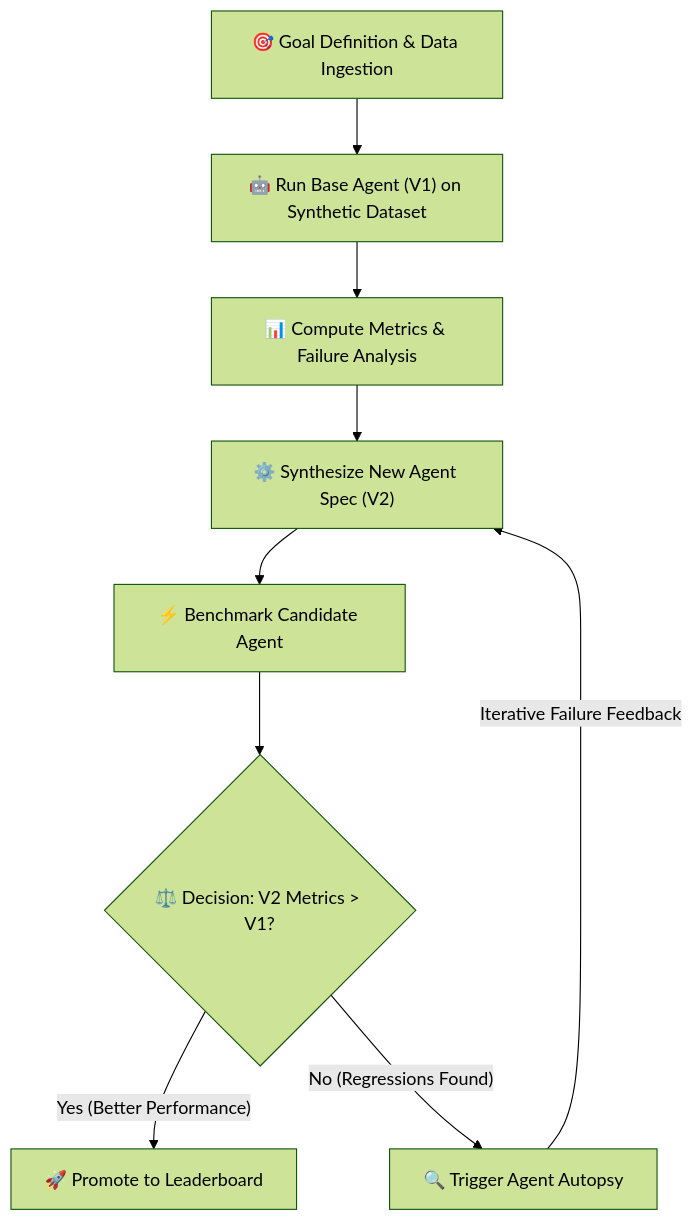
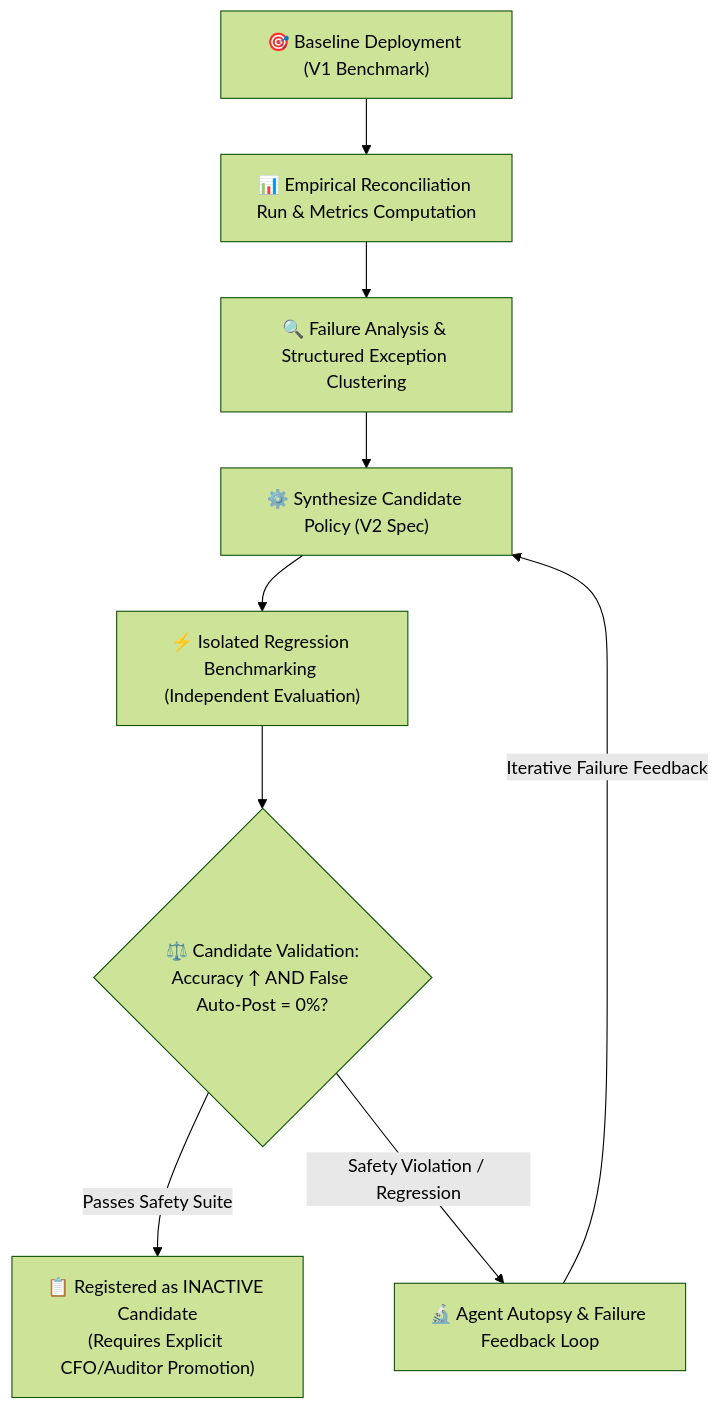
One commit to MDMOINAKHTARR/LedgerForge changed the second of 2 diagrams in README.md. Above: the diagram before and after it, drawn with Mermaid (forest theme). The commit also changed other lines of this file, not shown here.

Commit message:
docs: update README with architectural flow, structured feedback, precedent memory, and CFO policy governance

````diff
--- a/README.md
+++ b/README.md
@@ -43,24 +69,23 @@
 ```mermaid
 flowchart TD
-    N1["🎯 Goal Definition & Data Ingestion"]
-    N2["🤖 Run Base Agent (V1) on Synthetic Dataset"]
-    N3["📊 Compute Metrics & Failure Analysis"]
-    N4["⚙️ Synthesize New Agent Spec (V2)"]
-    N5["⚡ Benchmark Candidate Agent"]
+    N1["🎯 Baseline Deployment (V1 Benchmark)"]
+    N2["📊 Empirical Reconciliation Run & Metrics Computation"]
+    N3["🔍 Failure Analysis & Structured Exception Clustering"]
+    N4["⚙️ Synthesize Candidate Policy (V2 Spec)"]
+    N5["⚡ Isolated Regression Benchmarking (Independent Evaluation)"]
     
-    D{"⚖️ Decision: V2 Metrics > V1?"}
+    D{"⚖️ Candidate Validation:\nAccuracy ↑ AND False Auto-Post = 0%?"}
     
-    YesNode["🚀 Promote to Leaderboard"]
-    NoNode["🔍 Trigger Agent Autopsy"]
+    Promote["📋 Registered as INACTIVE Candidate\n(Requires Explicit CFO/Auditor Promotion)"]
+    Reject["🔬 Agent Autopsy & Failure Feedback Loop"]
 
     N1 --> N2
     N2 --> N3
     N3 --> N4
     N4 --> N5
     N5 --> D
 
-    D -- "Yes (Better Performance)" --> YesNode
-    D -- "No (Regressions Found)" --> NoNode
-
-    NoNode --> |"Iterative Failure Feedback"| N4
+    D -- "Passes Safety Suite" --> Promote
+    D -- "Safety Violation / Regression" --> Reject
+    Reject --> |"Iterative Failure Feedback"| N4
 ```
````
